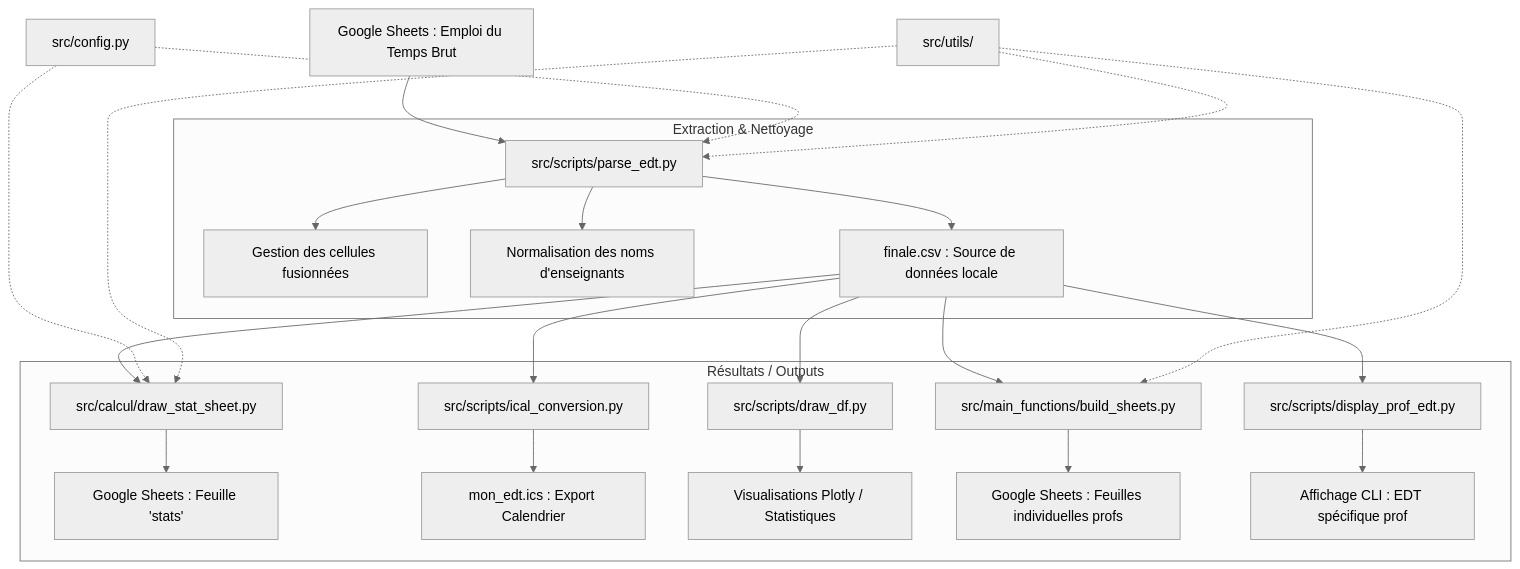
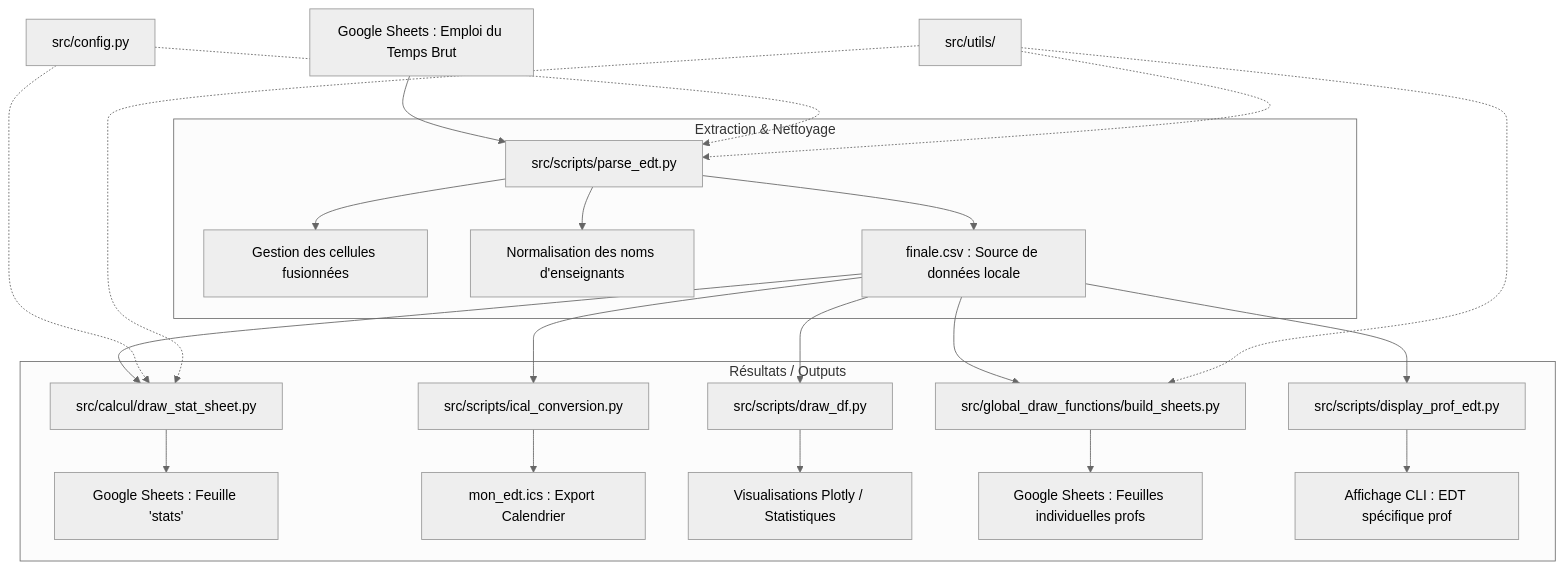
The diagram in ARCHITECTURE.md (nathanpetitboulanger/cnum), drawn with Mermaid (neutral theme) before and after one commit. The commit also changed 19 other files, not shown here.

````diff
--- a/ARCHITECTURE.md
+++ b/ARCHITECTURE.md
@@ -5,35 +5,35 @@
 ```mermaid
 graph TD
     %% Entrée de données
     GS_Raw[Google Sheets : Emploi du Temps Brut] --> Parse[src/scripts/parse_edt.py]
     
     %% Étape de Parsing
     subgraph "Extraction & Nettoyage"
         Parse --> Merges[Gestion des cellules fusionnées]
         Parse --> Norm[Normalisation des noms d'enseignants]
         Parse --> CSV[finale.csv : Source de données locale]
     end
 
     %% Flux de données vers les sorties
     CSV --> Stats[src/calcul/draw_stat_sheet.py]
     CSV --> ICal[src/scripts/ical_conversion.py]
     CSV --> Visu[src/scripts/draw_df.py]
-    CSV --> TeacherSheets[src/main_functions/build_sheets.py]
+    CSV --> TeacherSheets[src/global_draw_functions/build_sheets.py]
     CSV --> ProfEDT[src/scripts/display_prof_edt.py]
 
     %% Sorties
     subgraph "Résultats / Outputs"
         Stats --> GS_Stats[Google Sheets : Feuille 'stats']
         ICal --> ICS[mon_edt.ics : Export Calendrier]
         Visu --> Plots[Visualisations Plotly / Statistiques]
         TeacherSheets --> GS_Indiv[Google Sheets : Feuilles individuelles profs]
         ProfEDT --> CLI_Disp[Affichage CLI : EDT spécifique prof]
     end
 
     %% Configuration & Utilitaires
     Config[src/config.py] -.-> Parse
     Config -.-> Stats
     Utils[src/utils/] -.-> Parse
     Utils -.-> Stats
     Utils -.-> TeacherSheets
 ```
````
